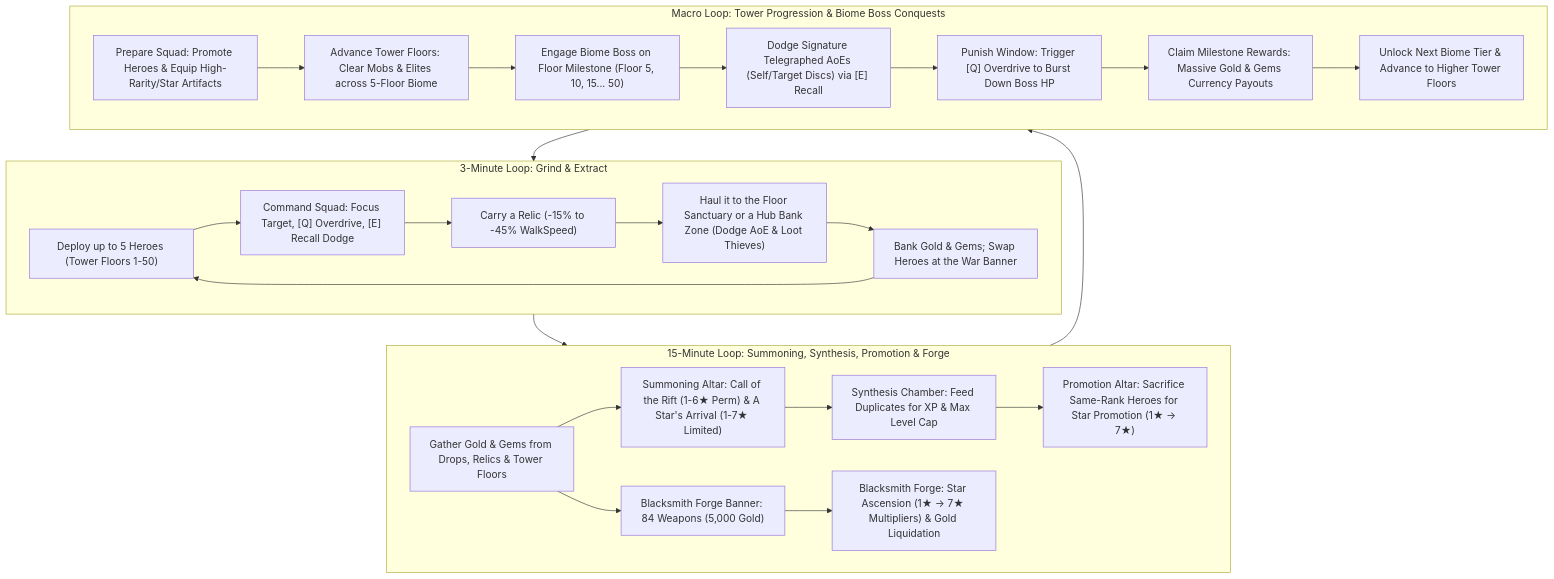
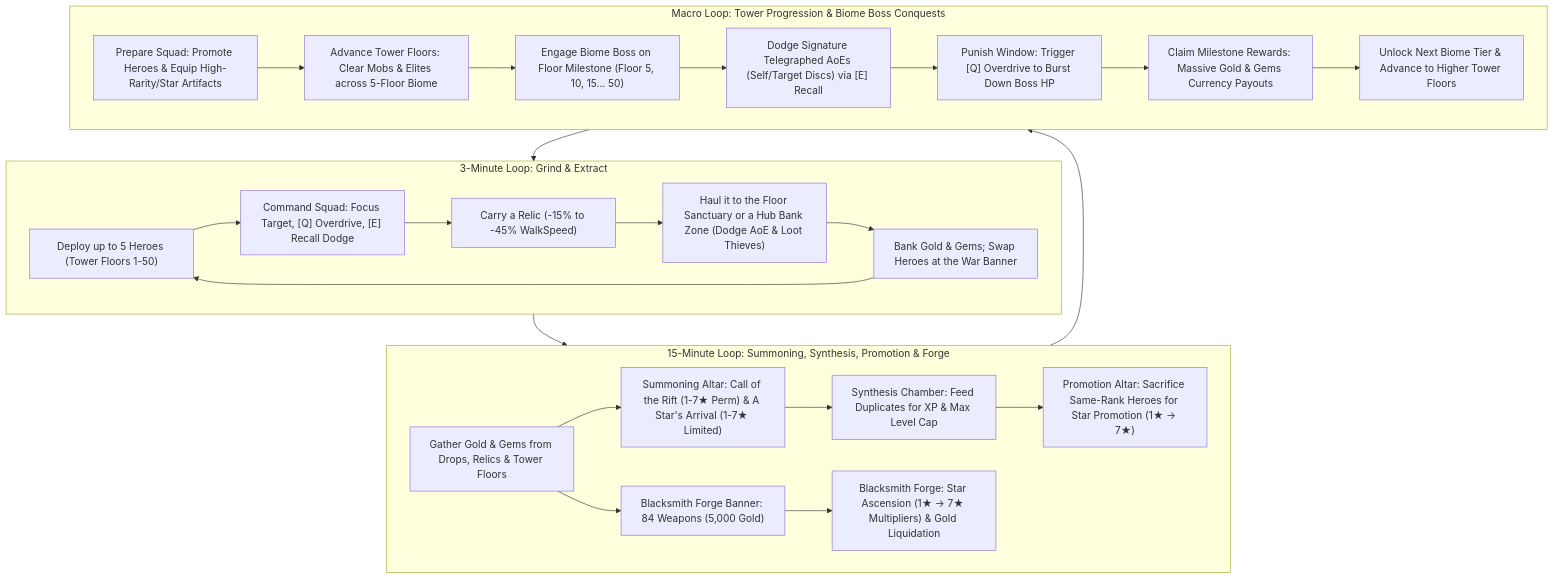
One commit to Zaimoo/infinite-tower changed the diagram in docs/GAME_DESIGN.MD. Above: the diagram before and after it, drawn with Mermaid. The commit also changed other lines of this file and 15 other files, not shown here.

````diff
--- a/docs/GAME_DESIGN.MD
+++ b/docs/GAME_DESIGN.MD
@@ -48,31 +48,31 @@
 ```mermaid
 flowchart TD
     subgraph Micro["3-Minute Loop: Grind & Extract"]
         M1["Deploy up to 5 Heroes (Tower Floors 1-50)"] --> M2["Command Squad: Focus Target, [Q] Overdrive, [E] Recall Dodge"]
         M2 --> M3["Carry a Relic (-15% to -45% WalkSpeed)"]
         M3 --> M4["Haul it to the Floor Sanctuary or a Hub Bank Zone (Dodge AoE & Loot Thieves)"]
         M4 --> M5["Bank Gold & Gems; Swap Heroes at the War Banner"]
         M5 --> M1
     end
 
     subgraph Meso["15-Minute Loop: Summoning, Synthesis, Promotion & Forge"]
-        T1["Gather Gold & Gems from Drops, Relics & Tower Floors"] --> T2["Summoning Altar: Call of the Rift (1-6★ Perm) & A Star's Arrival (1-7★ Limited)"]
+        T1["Gather Gold & Gems from Drops, Relics & Tower Floors"] --> T2["Summoning Altar: Call of the Rift (1-7★ Perm) & A Star's Arrival (1-7★ Limited)"]
         T2 --> T3["Synthesis Chamber: Feed Duplicates for XP & Max Level Cap"]
         T1 --> T4["Blacksmith Forge Banner: 84 Weapons (5,000 Gold)"]
         T3 --> T5["Promotion Altar: Sacrifice Same-Rank Heroes for Star Promotion (1★ -> 7★)"]
         T4 --> T6["Blacksmith Forge: Star Ascension (1★ -> 7★ Multipliers) & Gold Liquidation"]
     end
 
     subgraph Macro["Macro Loop: Tower Progression & Biome Boss Conquests"]
         B1["Prepare Squad: Promote Heroes & Equip High-Rarity/Star Artifacts"] --> B2["Advance Tower Floors: Clear Mobs & Elites across 5-Floor Biome"]
         B2 --> B3["Engage Biome Boss on Floor Milestone (Floor 5, 10, 15... 50)"]
         B3 --> B4["Dodge Signature Telegraphed AoEs (Self/Target Discs) via [E] Recall"]
         B4 --> B5["Punish Window: Trigger [Q] Overdrive to Burst Down Boss HP"]
         B5 --> B6["Claim Milestone Rewards: Massive Gold & Gems Currency Payouts"]
         B6 --> B7["Unlock Next Biome Tier & Advance to Higher Tower Floors"]
     end
 
     Micro --> Meso
     Meso --> Macro
     Macro --> Micro
 ```
````
